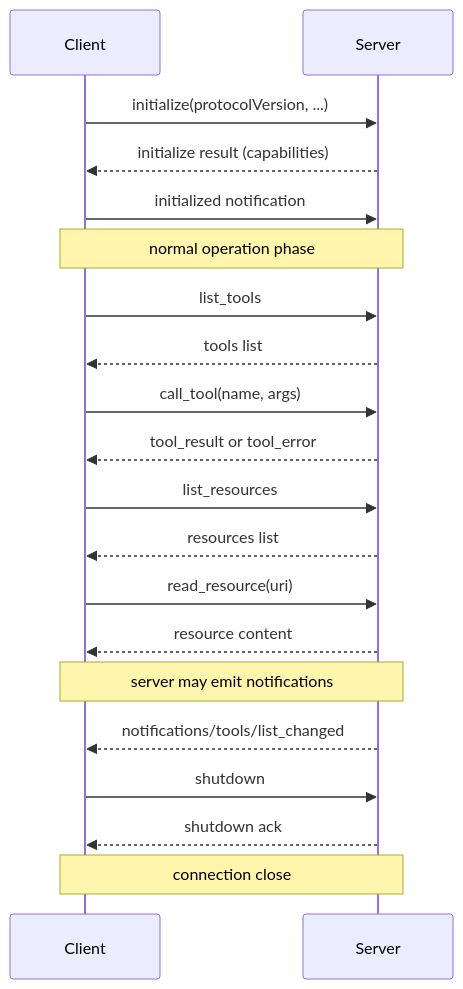
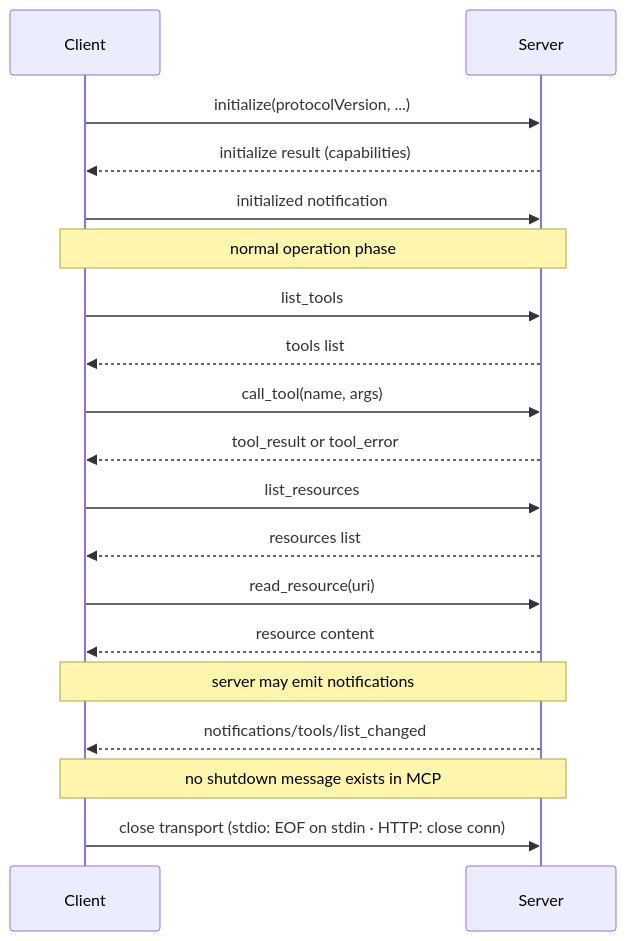
Before and after one commit to rppol/system-design: the first of 2 diagrams in src/main/java/com/rutik/systemdesign/llm/mcp_model_context_protocol/mcp_server_building.md, drawn with Mermaid. The commit also changed other lines of this file and 113 other files, not shown here.

````diff
--- a/src/main/java/com/rutik/systemdesign/llm/mcp_model_context_protocol/mcp_server_building.md
+++ b/src/main/java/com/rutik/systemdesign/llm/mcp_model_context_protocol/mcp_server_building.md
@@ -69,26 +69,25 @@
 ```mermaid
 sequenceDiagram
     participant C as Client
     participant S as Server
 
     C->>S: initialize(protocolVersion, ...)
     S-->>C: initialize result (capabilities)
     C->>S: initialized notification
 
     Note over C,S: normal operation phase
     C->>S: list_tools
     S-->>C: tools list
     C->>S: call_tool(name, args)
     S-->>C: tool_result or tool_error
     C->>S: list_resources
     S-->>C: resources list
     C->>S: read_resource(uri)
     S-->>C: resource content
 
     Note over C,S: server may emit notifications
     S-->>C: notifications/tools/list_changed
 
-    C->>S: shutdown
-    S-->>C: shutdown ack
-    Note over C,S: connection close
+    Note over C,S: no shutdown message exists in MCP
+    C->>S: close transport (stdio: EOF on stdin · HTTP: close conn)
 ```
````
